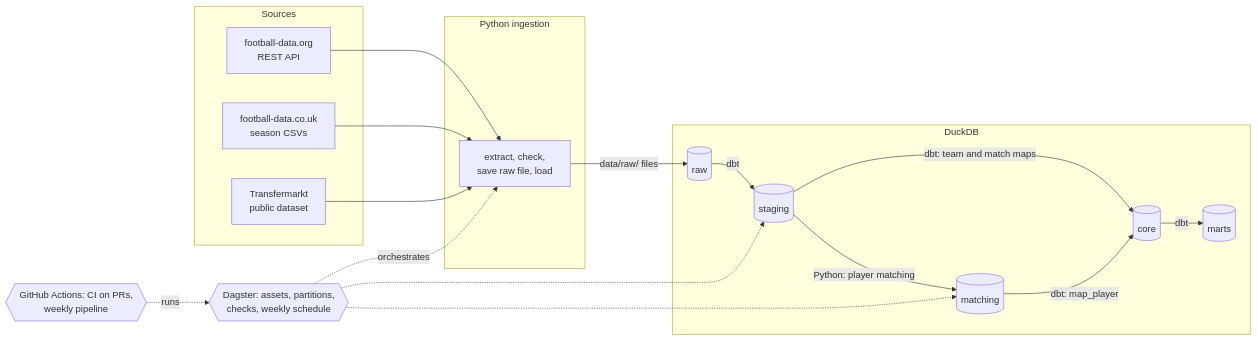
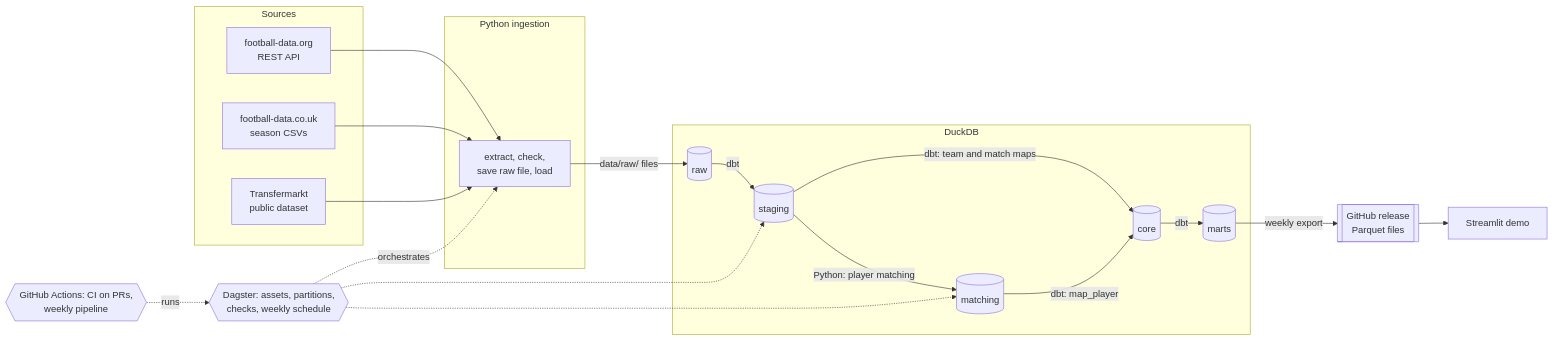
The diagram in README.md (fedepetr/football-data-platform), drawn with Mermaid before and after one commit. The commit also changed other lines of this file and 1 other file, not shown here.

Commit message:
docs: link the online demo and document the demo app

````diff
--- a/README.md
+++ b/README.md
@@ -17,35 +33,37 @@
 ```mermaid
 flowchart LR
     subgraph sources[Sources]
         FDORG[football-data.org<br/>REST API]
         COUK[football-data.co.uk<br/>season CSVs]
         TM[Transfermarkt<br/>public dataset]
     end
 
     subgraph python[Python ingestion]
         ING[extract, check,<br/>save raw file, load]
     end
 
     subgraph duckdb[DuckDB]
         RAW[(raw)]
         STG[(staging)]
         MATCH[(matching)]
         CORE[(core)]
         MARTS[(marts)]
     end
 
     FDORG --> ING
     COUK --> ING
     TM --> ING
     ING -->|data/raw/ files| RAW
     RAW -->|dbt| STG
     STG -->|dbt: team and match maps| CORE
     STG -->|Python: player matching| MATCH
     MATCH -->|dbt: map_player| CORE
     CORE -->|dbt| MARTS
+    MARTS -->|weekly export| REL[[GitHub release<br/>Parquet files]]
+    REL --> APP[Streamlit demo]
 
     DAGSTER{{Dagster: assets, partitions,<br/>checks, weekly schedule}} -.orchestrates.-> ING
     DAGSTER -.-> STG
     DAGSTER -.-> MATCH
     GHA{{GitHub Actions: CI on PRs,<br/>weekly pipeline}} -.runs.-> DAGSTER
 ```
````
